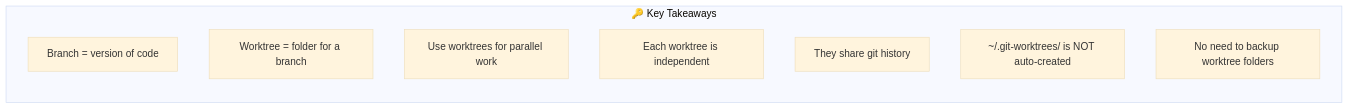
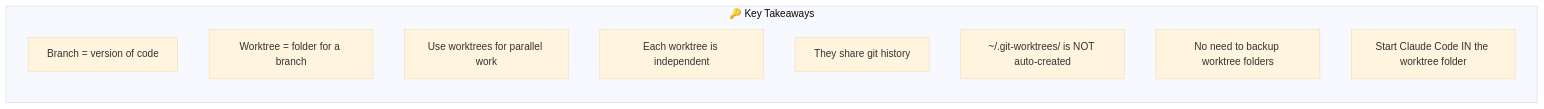
Before and after one commit to Data-Wise/aiterm: diagram 25 of 25 in docs/guides/GIT-WORKTREES-GUIDE.md, drawn with Mermaid (base theme). The commit also changed other lines of this file, not shown here.

First line of the commit message:
docs: add Part 12 - Using Worktrees with Claude Code

````diff
--- a/docs/guides/GIT-WORKTREES-GUIDE.md
+++ b/docs/guides/GIT-WORKTREES-GUIDE.md
@@ -1009,12 +1157,13 @@
 ```mermaid
 graph LR
     subgraph KEY["🔑 Key Takeaways"]
         K1["Branch = version of code"]
         K2["Worktree = folder for a branch"]
         K3["Use worktrees for parallel work"]
         K4["Each worktree is independent"]
         K5["They share git history"]
         K6["~/.git-worktrees/ is NOT auto-created"]
         K7["No need to backup worktree folders"]
+        K8["Start Claude Code IN the worktree folder"]
     end
 ```
````
